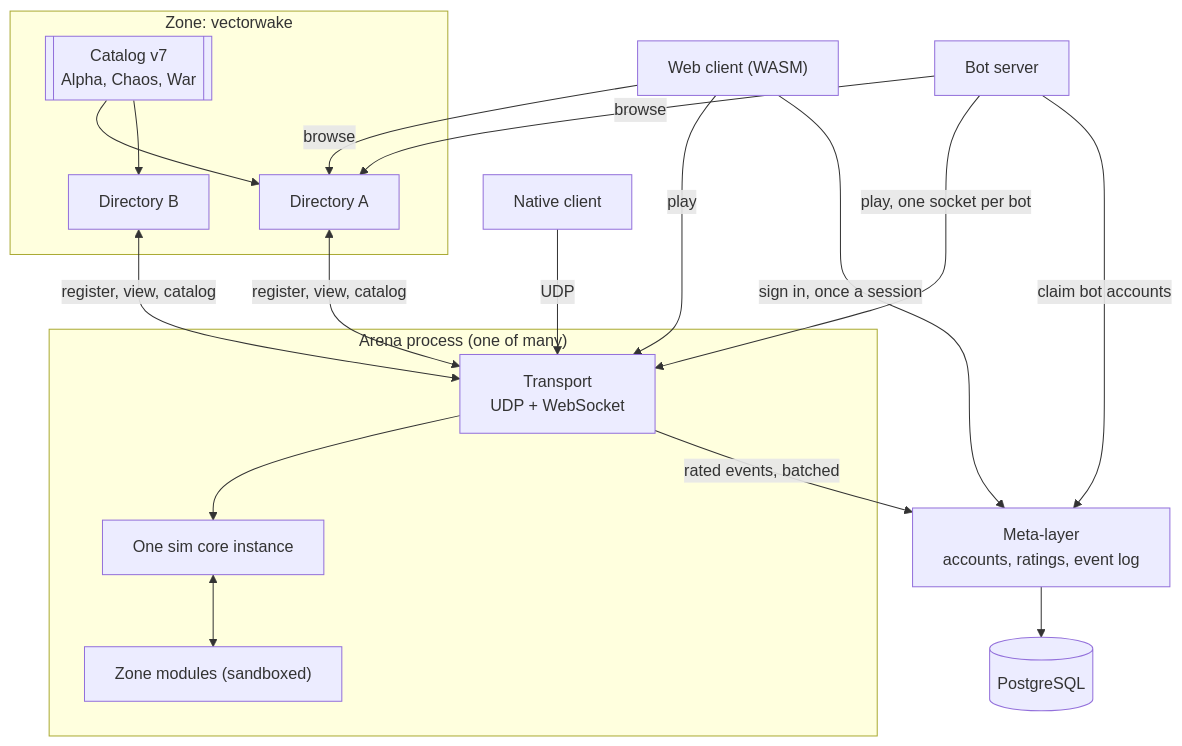
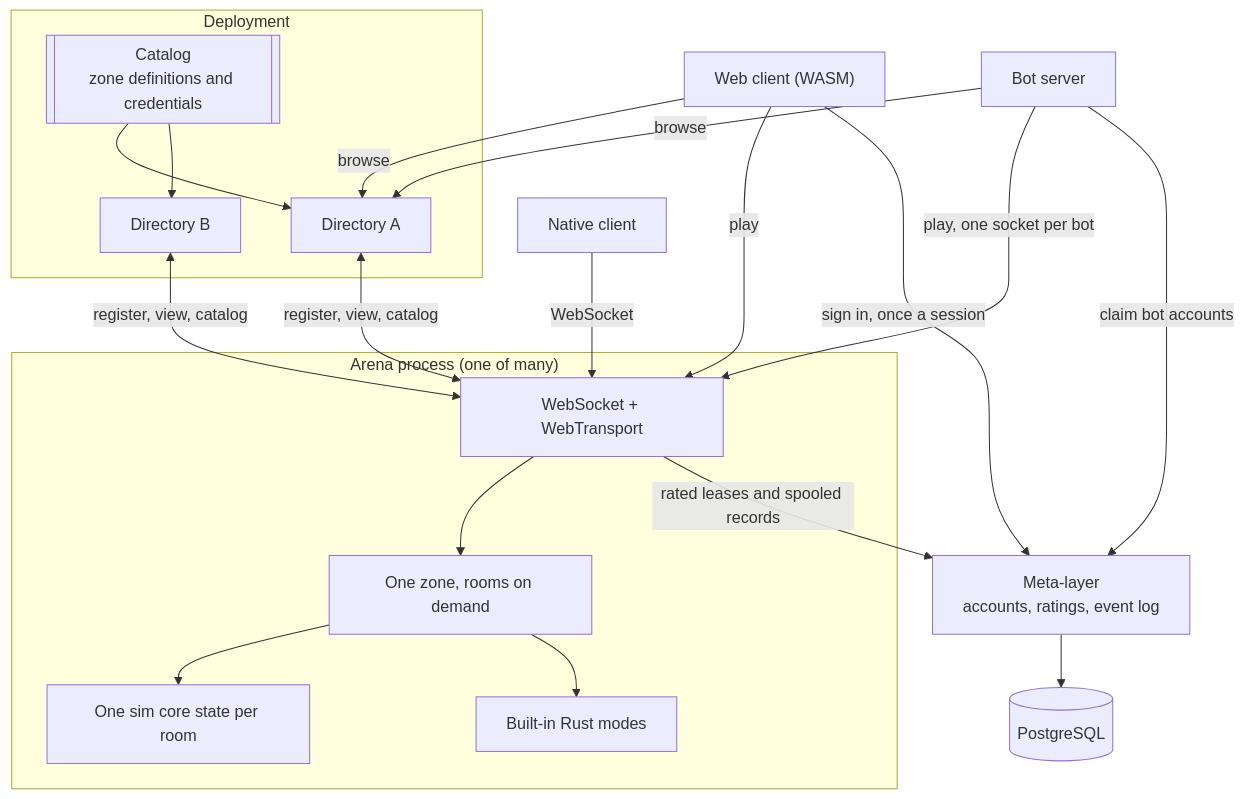
One commit to criccomini/vectorwake changed the second of 2 diagrams in docs/architecture/system-overview.md. Above: the diagram before and after it, drawn with Mermaid. The commit also changed other lines of this file and 141 other files, not shown here.

````diff
--- a/docs/architecture/system-overview.md
+++ b/docs/architecture/system-overview.md
@@ -89,29 +88,30 @@
 ```mermaid
 flowchart TB
-    subgraph Zone["Zone: vectorwake"]
-        CAT[["Catalog v7<br/>Alpha, Chaos, War"]]
+    subgraph Zone["Deployment"]
+        CAT[["Catalog<br/>zone definitions and credentials"]]
         D1["Directory A"]
         D2["Directory B"]
         CAT --> D1 & D2
     end
     subgraph Arena["Arena process (one of many)"]
-        NET["Transport<br/>UDP + WebSocket"]
-        SIM["One sim core instance"]
-        MOD["Zone modules (sandboxed)"]
-        NET --> SIM
-        SIM <--> MOD
+        NET["WebSocket + WebTransport"]
+        ROOMS["One zone, rooms on demand"]
+        SIM["One sim core state per room"]
+        MODE["Built-in Rust modes"]
+        NET --> ROOMS --> SIM
+        ROOMS --> MODE
     end
     D1 <-- "register, view, catalog" --> NET
     D2 <-- "register, view, catalog" --> NET
     M["Meta-layer<br/>accounts, ratings, event log"]
     PG[("PostgreSQL")]
     M --> PG
     W["Web client (WASM)"] -- browse --> D1
     W -- play --> NET
     W -- "sign in, once a session" --> M
-    N["Native client"] -- UDP --> NET
+    N["Native client"] -- WebSocket --> NET
     B["Bot server"] -- browse --> D1
     B -- "play, one socket per bot" --> NET
     B -- "claim bot accounts" --> M
-    NET -- "rated events, batched" --> M
+    NET -- "rated leases and spooled records" --> M
 ```
````
